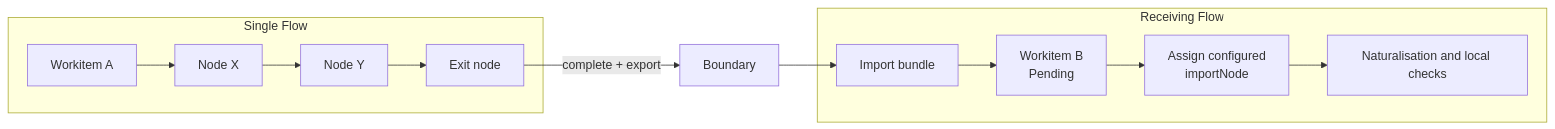
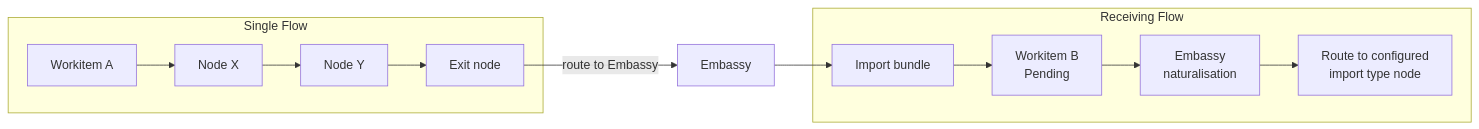
Before and after one commit to really-knows-ai/gideas: the third of 3 diagrams in specs/02-flow/00-overview.md, drawn with Mermaid. The commit also changed other lines of this file and 28 other files, not shown here.

````diff
--- a/specs/02-flow/00-overview.md
+++ b/specs/02-flow/00-overview.md
@@ -135,16 +137,16 @@
 ```mermaid
 flowchart LR
     subgraph Local["Single Flow"]
         W1["Workitem A"] --> N1["Node X"] --> N2["Node Y"] --> T1["Exit node"]
     end
 
-    T1 -->|"complete + export"| BND["Boundary"]
+    T1 -->|"route to Embassy"| BND["Embassy"]
 
     subgraph Remote["Receiving Flow"]
         IMP["Import bundle"] --> W2["Workitem B<br/>Pending"]
-        W2 --> IN["Assign configured<br/>importNode"]
-        IN --> NAT["Naturalisation and local checks"]
+        W2 --> EMB["Embassy<br/>naturalisation"]
+        EMB --> IN["Route to configured<br/>import type node"]
     end
 
     BND --> IMP
 ```
````
